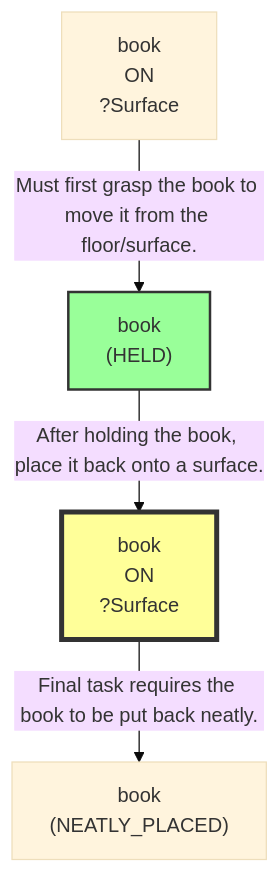
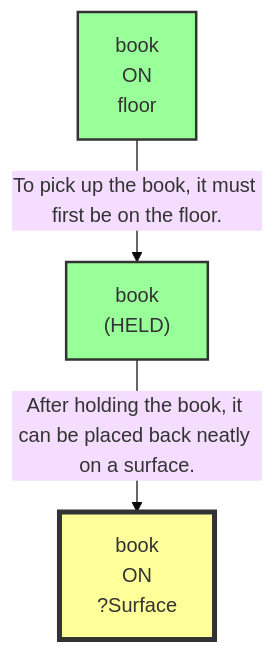
The third of 14 diagrams in evaluation/results/table3/robostate/runs/without_parameter_binding/G2_09/run_T3_without_parameter_binding_G2_09.md (scuama/virtualhome), drawn with Mermaid (base theme) before and after one commit. The commit also changed other lines of this file and 507 other files, not shown here.

````diff
--- a/evaluation/results/table3/robostate/runs/without_parameter_binding/G2_09/run_T3_without_parameter_binding_G2_09.md
+++ b/evaluation/results/table3/robostate/runs/without_parameter_binding/G2_09/run_T3_without_parameter_binding_G2_09.md
@@ -237,12 +247,11 @@
 ```mermaid
 graph TD
-    N1["book<br>ON<br>?Surface"]
+    N1["book<br>ON<br>floor"]
+    style N1 fill:#9f9,stroke:#333,stroke-width:2px
     N2["book<br>(HELD)"]
     style N2 fill:#9f9,stroke:#333,stroke-width:2px
     N3["book<br>ON<br>?Surface"]
     style N3 fill:#ff9,stroke:#333,stroke-width:4px
-    N4["book<br>(NEATLY_PLACED)"]
-    N1 -->|"Must first grasp the book to move it from the floor/surface."| N2
-    N2 -->|"After holding the book, place it back onto a surface."| N3
-    N3 -->|"Final task requires the book to be put back neatly."| N4
+    N1 -->|"To pick up the book, it must first be on the floor."| N2
+    N2 -->|"After holding the book, it can be placed back neatly on a surface."| N3
 ```
````
